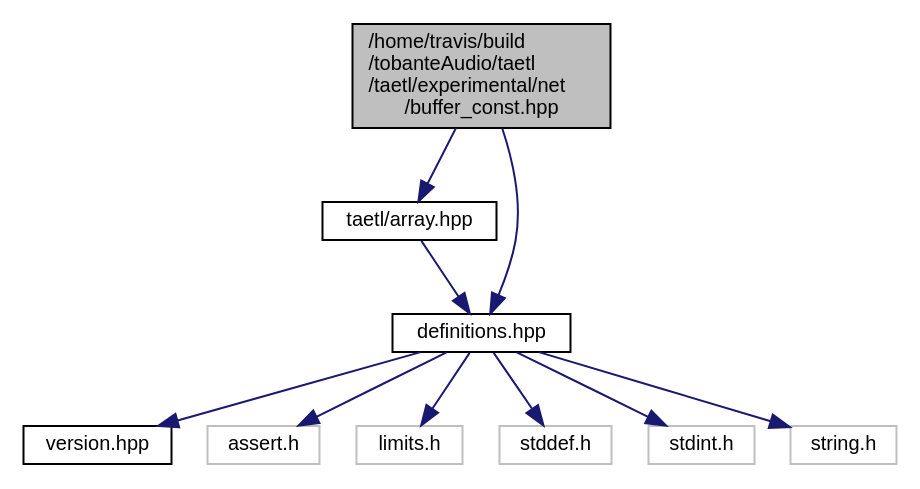
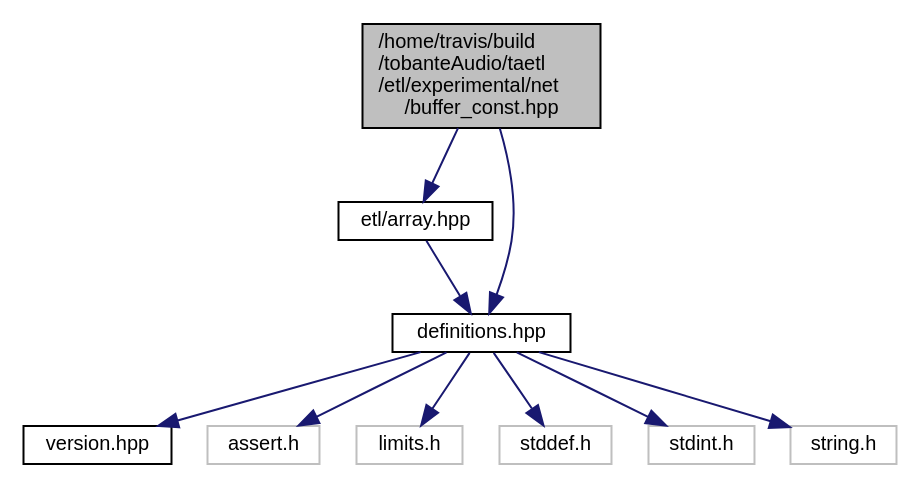
One commit to tobanteAudio/taetl changed the diagram in buffer__const_8hpp__incl.dot. Above: the diagram before and after it, drawn with Graphviz. The commit also changed 915 other files, not shown here.

Commit message:
Deploy tobanteAudio/taetl to github.com/tobanteAudio/taetl.git:gh-pages

```diff
--- a/buffer__const_8hpp__incl.dot
+++ b/buffer__const_8hpp__incl.dot
@@ -1,23 +1,23 @@
-digraph "/home/travis/build/tobanteAudio/taetl/taetl/experimental/net/buffer_const.hpp"
+digraph "/home/travis/build/tobanteAudio/taetl/etl/experimental/net/buffer_const.hpp"
 {
   edge [fontname="Helvetica",fontsize="10",labelfontname="Helvetica",labelfontsize="10"];
   node [fontname="Helvetica",fontsize="10",shape=record];
-  Node0 [label="/home/travis/build\l/tobanteAudio/taetl\l/taetl/experimental/net\l/buffer_const.hpp",height=0.2,width=0.4,color="black", fillcolor="grey75", style="filled", fontcolor="black"];
+  Node0 [label="/home/travis/build\l/tobanteAudio/taetl\l/etl/experimental/net\l/buffer_const.hpp",height=0.2,width=0.4,color="black", fillcolor="grey75", style="filled", fontcolor="black"];
   Node0 -> Node1 [color="midnightblue",fontsize="10",style="solid",fontname="Helvetica"];
-  Node1 [label="taetl/array.hpp",height=0.2,width=0.4,color="black", fillcolor="white", style="filled",URL="$array_8hpp.html"];
+  Node1 [label="etl/array.hpp",height=0.2,width=0.4,color="black", fillcolor="white", style="filled",URL="$array_8hpp.html"];
   Node1 -> Node2 [color="midnightblue",fontsize="10",style="solid",fontname="Helvetica"];
   Node2 [label="definitions.hpp",height=0.2,width=0.4,color="black", fillcolor="white", style="filled",URL="$definitions_8hpp.html"];
   Node2 -> Node3 [color="midnightblue",fontsize="10",style="solid",fontname="Helvetica"];
   Node3 [label="version.hpp",height=0.2,width=0.4,color="black", fillcolor="white", style="filled",URL="$version_8hpp.html"];
   Node2 -> Node4 [color="midnightblue",fontsize="10",style="solid",fontname="Helvetica"];
   Node4 [label="assert.h",height=0.2,width=0.4,color="grey75", fillcolor="white", style="filled"];
   Node2 -> Node5 [color="midnightblue",fontsize="10",style="solid",fontname="Helvetica"];
   Node5 [label="limits.h",height=0.2,width=0.4,color="grey75", fillcolor="white", style="filled"];
   Node2 -> Node6 [color="midnightblue",fontsize="10",style="solid",fontname="Helvetica"];
   Node6 [label="stddef.h",height=0.2,width=0.4,color="grey75", fillcolor="white", style="filled"];
   Node2 -> Node7 [color="midnightblue",fontsize="10",style="solid",fontname="Helvetica"];
   Node7 [label="stdint.h",height=0.2,width=0.4,color="grey75", fillcolor="white", style="filled"];
   Node2 -> Node8 [color="midnightblue",fontsize="10",style="solid",fontname="Helvetica"];
   Node8 [label="string.h",height=0.2,width=0.4,color="grey75", fillcolor="white", style="filled"];
   Node0 -> Node2 [color="midnightblue",fontsize="10",style="solid",fontname="Helvetica"];
 }
```
